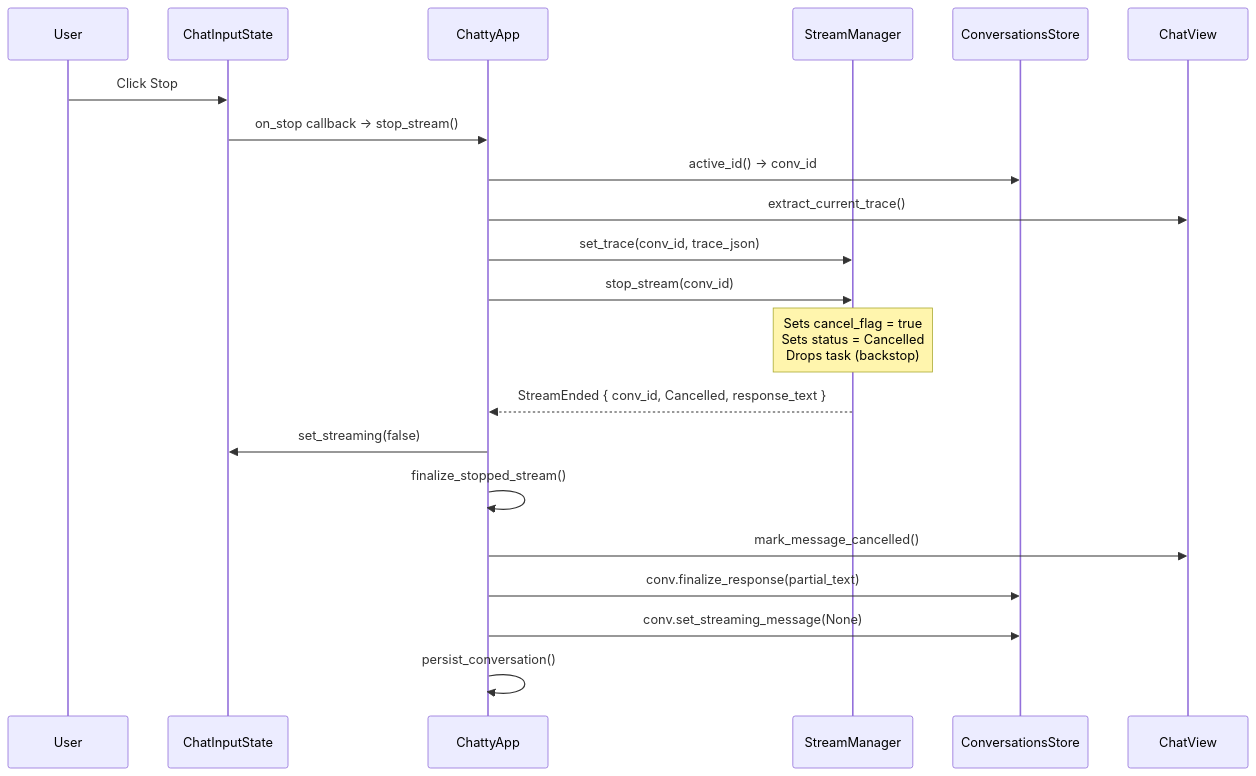
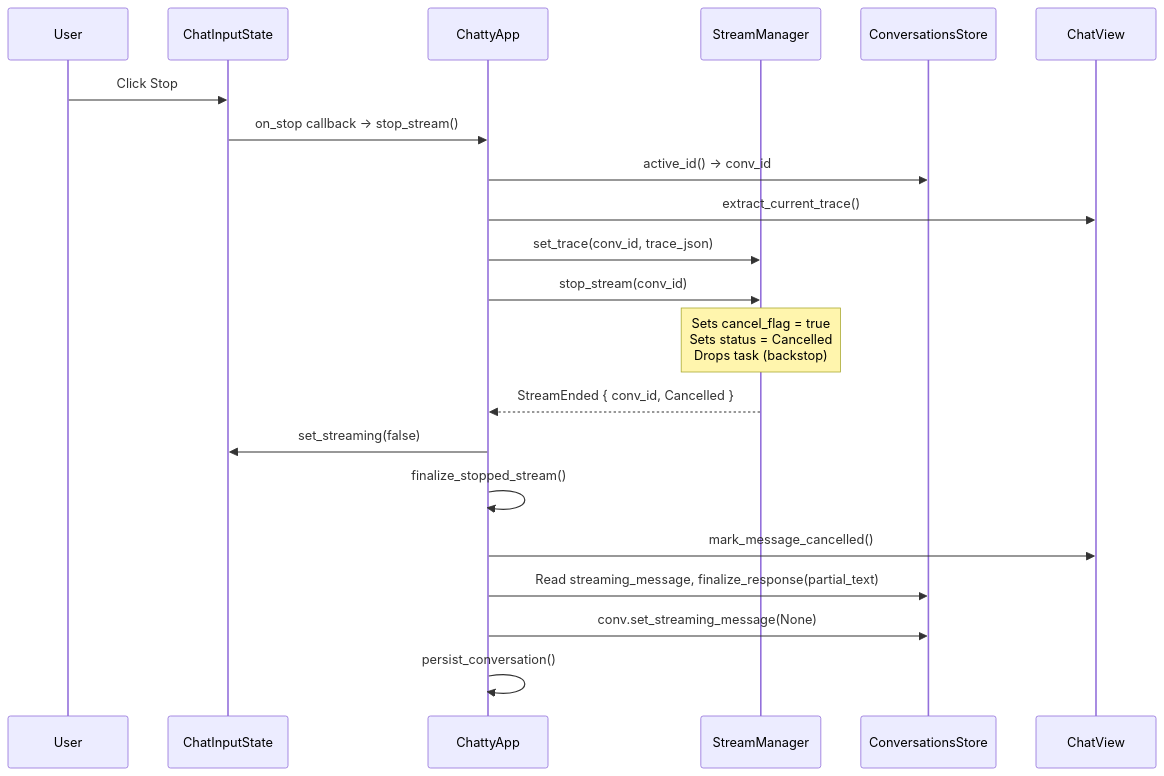
Before and after one commit to boersmamarcel/chatty2: the fifth of 6 diagrams in docs/stream-manager.md, drawn with Mermaid. The commit also changed other lines of this file and 2 other files, not shown here.

First line of the commit message:
Eliminate dual-write: StreamManager no longer accumulates response text

````diff
--- a/docs/stream-manager.md
+++ b/docs/stream-manager.md
@@ -246,26 +249,26 @@
 ```mermaid
 sequenceDiagram
     participant U as User
     participant CIS as ChatInputState
     participant CA as ChattyApp
     participant SM as StreamManager
     participant CS as ConversationsStore
     participant CV as ChatView
 
     U->>CIS: Click Stop
     CIS->>CA: on_stop callback → stop_stream()
     CA->>CS: active_id() → conv_id
     CA->>CV: extract_current_trace()
     CA->>SM: set_trace(conv_id, trace_json)
     CA->>SM: stop_stream(conv_id)
 
     Note over SM: Sets cancel_flag = true<br/>Sets status = Cancelled<br/>Drops task (backstop)
 
-    SM-->>CA: StreamEnded { conv_id, Cancelled, response_text }
+    SM-->>CA: StreamEnded { conv_id, Cancelled }
     CA->>CIS: set_streaming(false)
     CA->>CA: finalize_stopped_stream()
     CA->>CV: mark_message_cancelled()
-    CA->>CS: conv.finalize_response(partial_text)
+    CA->>CS: Read streaming_message, finalize_response(partial_text)
     CA->>CS: conv.set_streaming_message(None)
     CA->>CA: persist_conversation()
 ```
````
